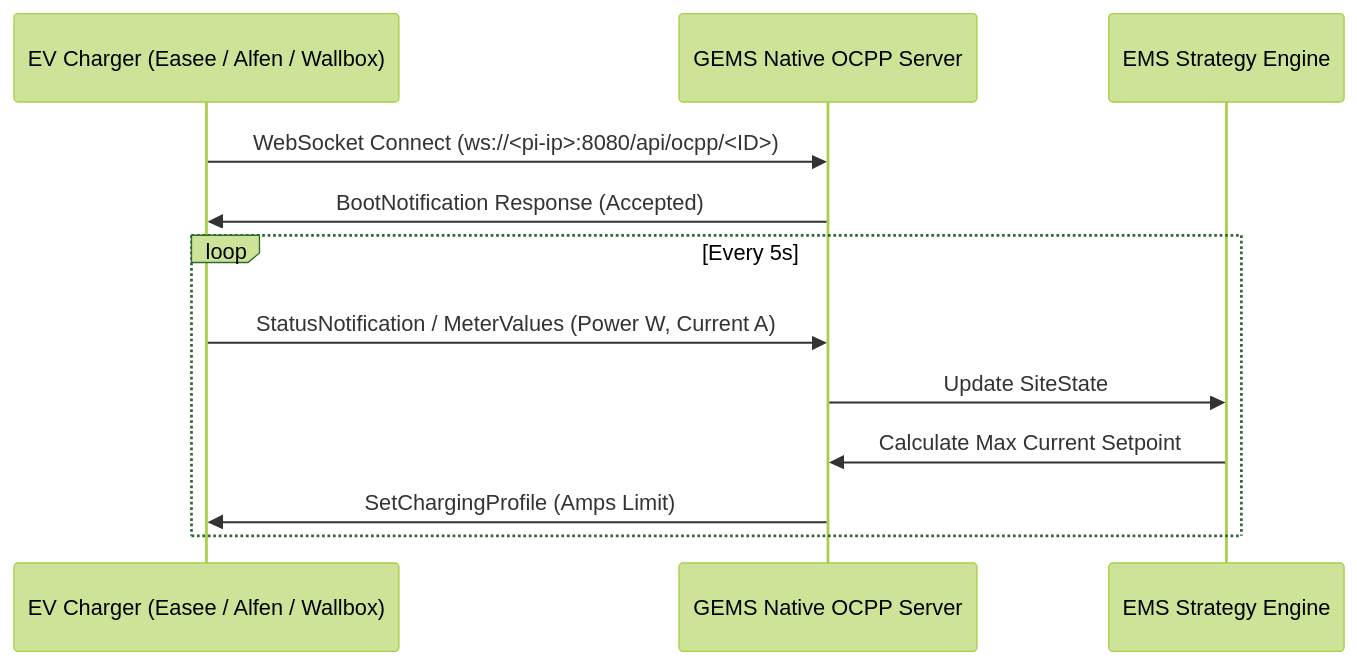
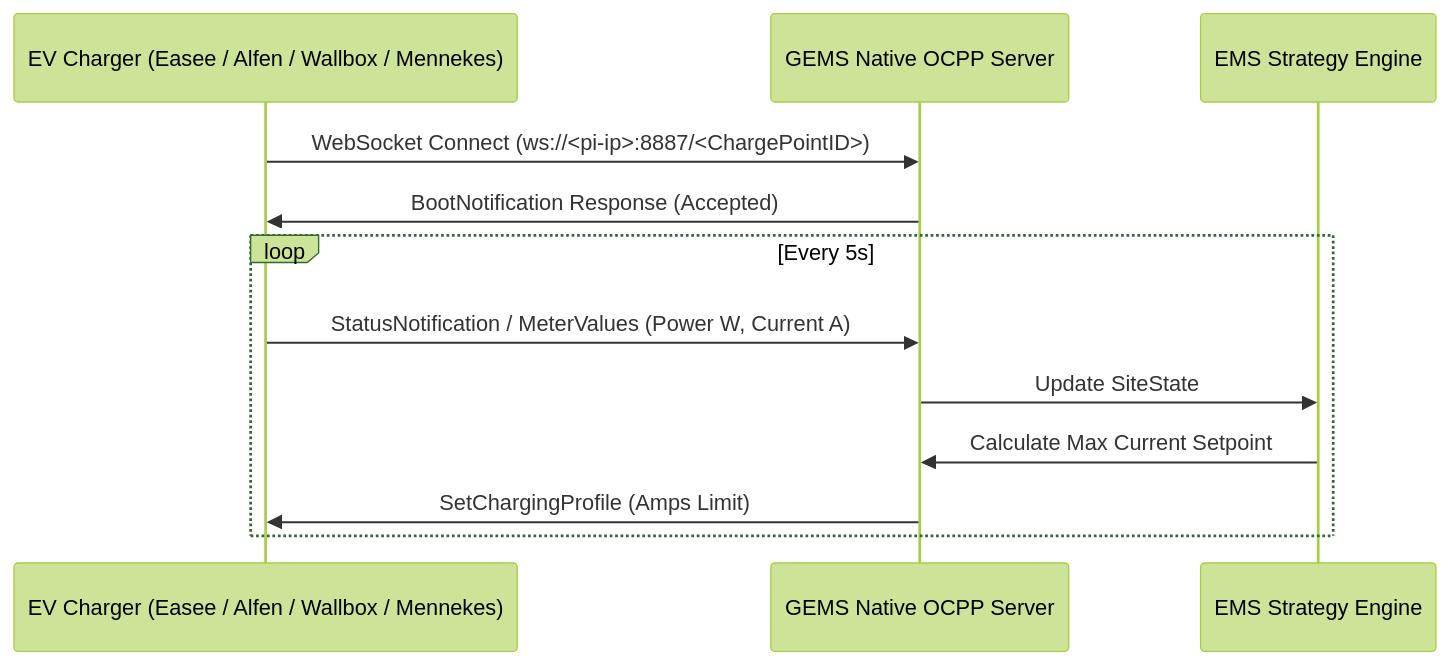
One commit to webdotpulse/GRID-EMS-RELEASE changed the third of 3 diagrams in docs/advanced_manual.md. Above: the diagram before and after it, drawn with Mermaid (forest theme). The commit also changed other lines of this file and 57 other files, not shown here.

````diff
--- a/docs/advanced_manual.md
+++ b/docs/advanced_manual.md
@@ -188,15 +225,15 @@
 ```mermaid
 sequenceDiagram
-    participant EVSE as EV Charger (Easee / Alfen / Wallbox)
+    participant EVSE as EV Charger (Easee / Alfen / Wallbox / Mennekes)
     participant GEMS as GEMS Native OCPP Server
     participant Logic as EMS Strategy Engine
 
-    EVSE->>GEMS: WebSocket Connect (ws://<pi-ip>:8080/api/ocpp/<ID>)
+    EVSE->>GEMS: WebSocket Connect (ws://<pi-ip>:8887/<ChargePointID>)
     GEMS->>EVSE: BootNotification Response (Accepted)
     loop Every 5s
         EVSE->>GEMS: StatusNotification / MeterValues (Power W, Current A)
         GEMS->>Logic: Update SiteState
         Logic->>GEMS: Calculate Max Current Setpoint
         GEMS->>EVSE: SetChargingProfile (Amps Limit)
     end
 ```
````
